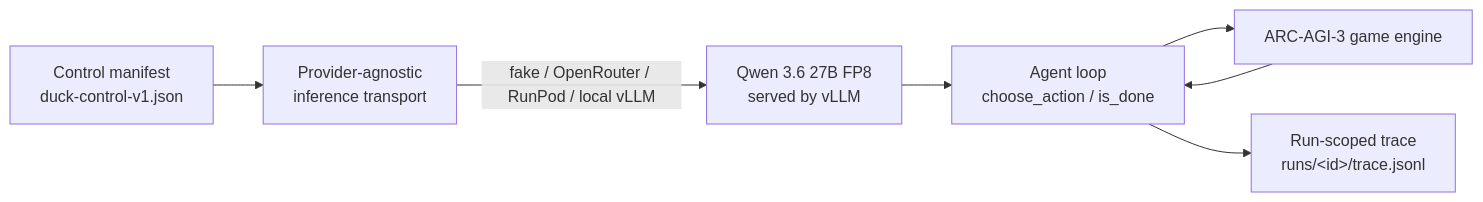
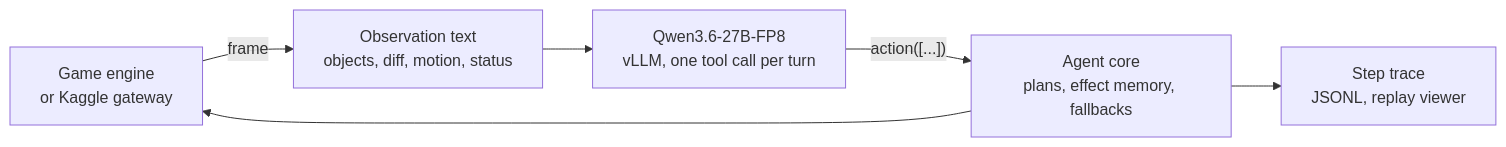
One commit to leejianrong/solve-arc-agi-3 changed the diagram in README.md. Above: the diagram before and after it, drawn with Mermaid. The commit also changed other lines of this file and 6 other files, not shown here.

````diff
--- a/README.md
+++ b/README.md
@@ -7,9 +6,8 @@
 ```mermaid
 flowchart LR
-    C[Control manifest\nduck-control-v1.json] --> T[Provider-agnostic\ninference transport]
-    T -->|fake / OpenRouter / RunPod / local vLLM| M[Qwen 3.6 27B FP8\nserved by vLLM]
-    M --> A[Agent loop\nchoose_action / is_done]
-    A --> G[ARC-AGI-3 game engine]
-    G --> A
-    A --> R[Run-scoped trace\nruns/&lt;id&gt;/trace.jsonl]
+    G[Game engine\nor Kaggle gateway] -->|frame| O[Observation text\nobjects, diff, motion, status]
+    O --> M[Qwen3.6-27B-FP8\nvLLM, one tool call per turn]
+    M -->|"action([...])"| A[Agent core\nplans, effect memory, fallbacks]
+    A --> G
+    A --> T[Step trace\nJSONL, replay viewer]
 ```
````
